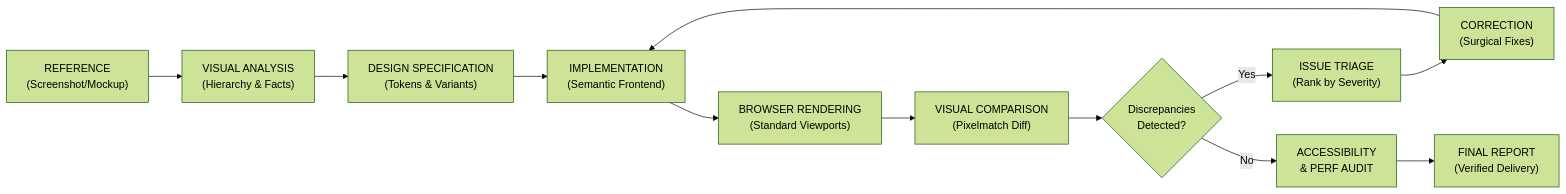
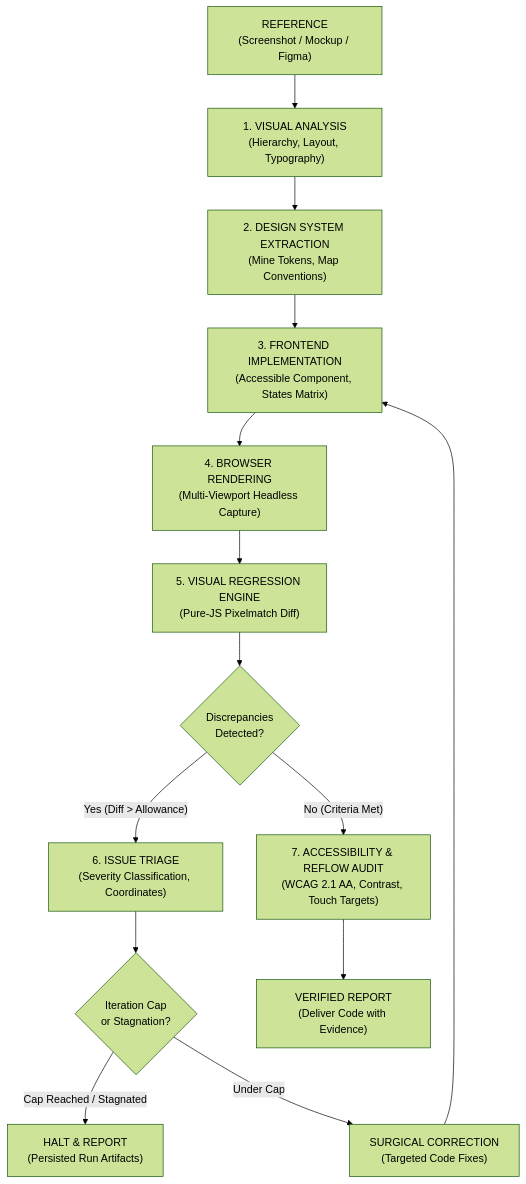
The first of 2 diagrams in README.md (ManojDevHub1/visual-engineering-suite), drawn with Mermaid (forest theme) before and after one commit. The commit also changed other lines of this file and 14 other files, not shown here.

````diff
--- a/README.md
+++ b/README.md
@@ -22,14 +59,16 @@
 ```mermaid
-flowchart LR
-    A["REFERENCE\n(Screenshot/Mockup)"] --> B["VISUAL ANALYSIS\n(Hierarchy & Facts)"]
-    B --> C["DESIGN SPECIFICATION\n(Tokens & Variants)"]
-    C --> D["IMPLEMENTATION\n(Semantic Frontend)"]
-    D --> E["BROWSER RENDERING\n(Standard Viewports)"]
-    E --> F["VISUAL COMPARISON\n(Pixelmatch Diff)"]
+flowchart TD
+    A["REFERENCE\n(Screenshot / Mockup / Figma)"] --> B["1. VISUAL ANALYSIS\n(Hierarchy, Layout, Typography)"]
+    B --> C["2. DESIGN SYSTEM EXTRACTION\n(Mine Tokens, Map Conventions)"]
+    C --> D["3. FRONTEND IMPLEMENTATION\n(Accessible Component, States Matrix)"]
+    D --> E["4. BROWSER RENDERING\n(Multi-Viewport Headless Capture)"]
+    E --> F["5. VISUAL REGRESSION ENGINE\n(Pure-JS Pixelmatch Diff)"]
     F --> G{"Discrepancies\nDetected?"}
-    G -- Yes --> H["ISSUE TRIAGE\n(Rank by Severity)"]
-    H --> I["CORRECTION\n(Surgical Fixes)"]
-    I --> D
-    G -- No --> J["ACCESSIBILITY\n& PERF AUDIT"]
-    J --> K["FINAL REPORT\n(Verified Delivery)"]
+    G -- "Yes (Diff > Allowance)" --> H["6. ISSUE TRIAGE\n(Severity Classification, Coordinates)"]
+    H --> I{"Iteration Cap\nor Stagnation?"}
+    I -- "Cap Reached / Stagnated" --> J["HALT & REPORT\n(Persisted Run Artifacts)"]
+    I -- "Under Cap" --> K["SURGICAL CORRECTION\n(Targeted Code Fixes)"]
+    K --> D
+    G -- "No (Criteria Met)" --> L["7. ACCESSIBILITY & REFLOW AUDIT\n(WCAG 2.1 AA, Contrast, Touch Targets)"]
+    L --> M["VERIFIED REPORT\n(Deliver Code with Evidence)"]
 ```
````
